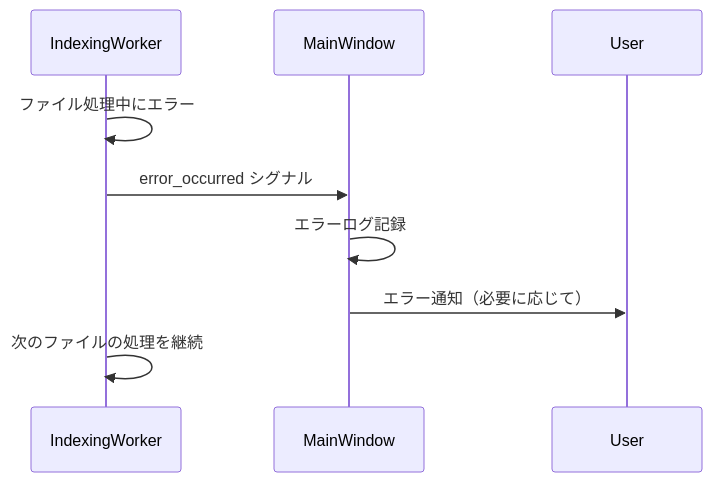
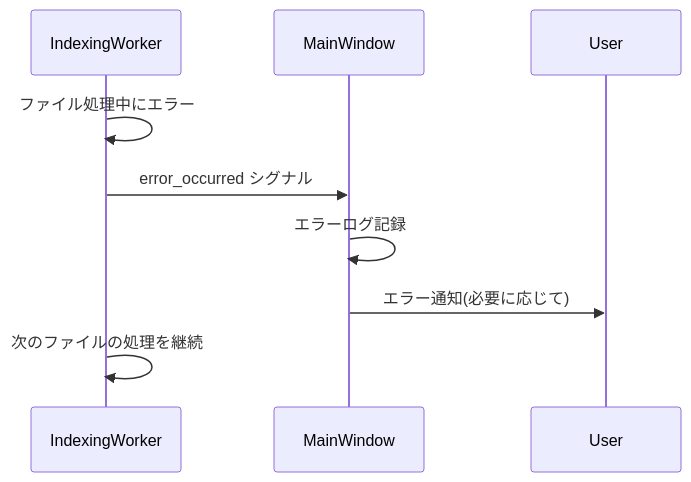
The fourth of 4 diagrams in .kiro/specs/real-indexing-implementation/design.md (scottlz0310/DocMind), drawn with Mermaid before and after one commit. The commit also changed other lines of this file and 206 other files, not shown here.

````diff
--- a/.kiro/specs/real-indexing-implementation/design.md
+++ b/.kiro/specs/real-indexing-implementation/design.md
@@ -169,12 +169,12 @@
 ```mermaid
 sequenceDiagram
     participant IW as IndexingWorker
     participant MW as MainWindow
     participant U as User
 
     IW->>IW: ファイル処理中にエラー
     IW->>MW: error_occurred シグナル
     MW->>MW: エラーログ記録
-    MW->>U: エラー通知（必要に応じて）
+    MW->>U: エラー通知(必要に応じて)
     IW->>IW: 次のファイルの処理を継続
 ```
````
